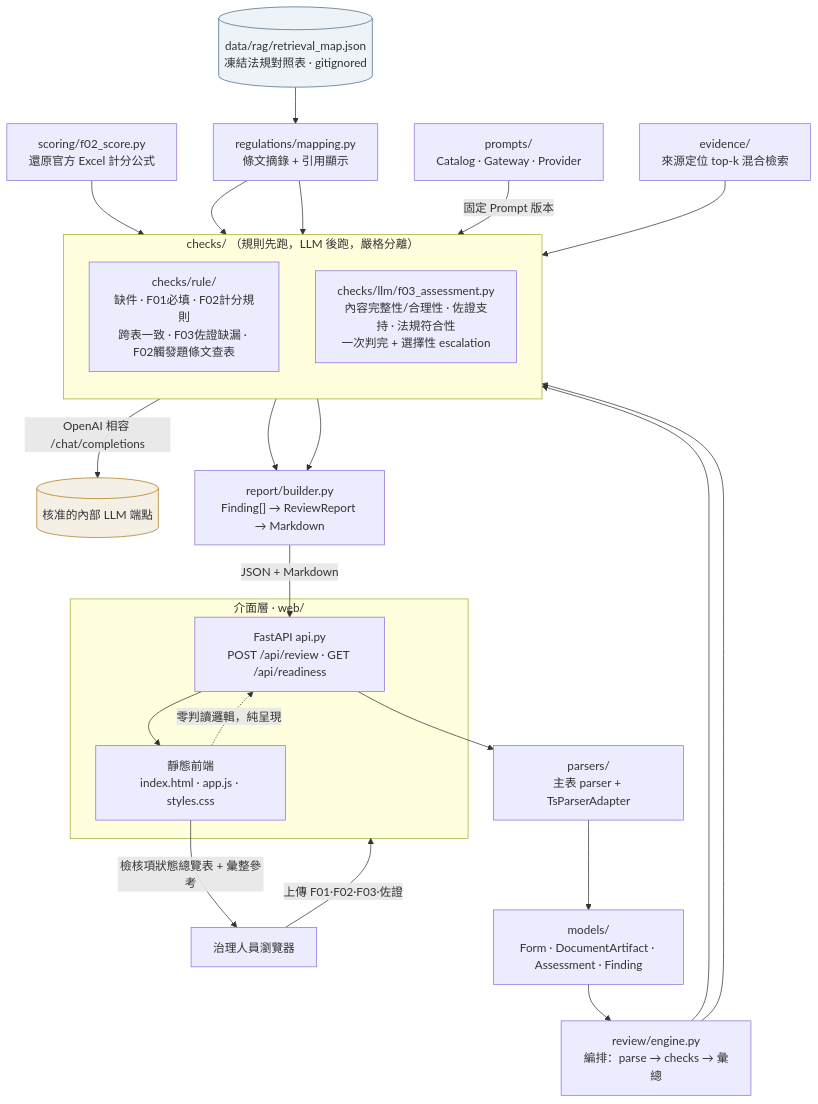
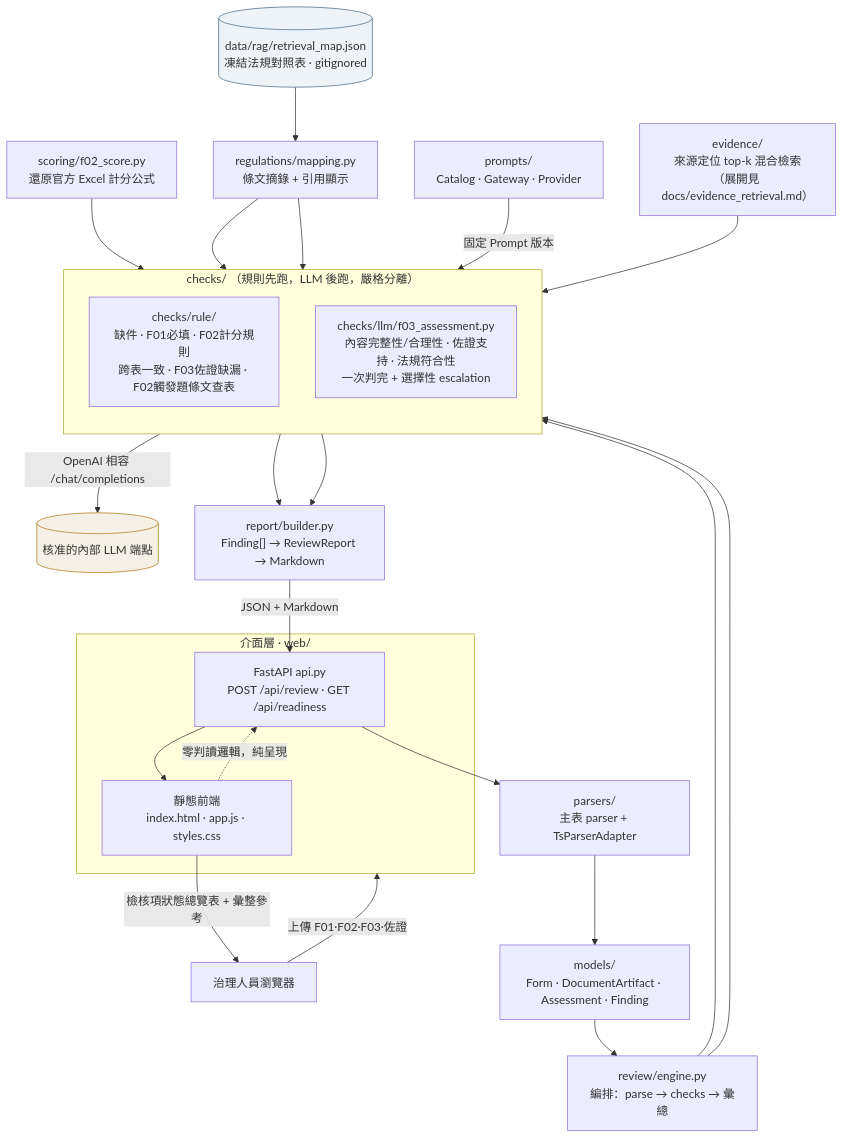
One commit to xian-ai-1057/AI_gov changed the first of 4 diagrams in docs/architecture.md. Above: the diagram before and after it, drawn with Mermaid. The commit also changed other lines of this file and 4 other files, not shown here.

First line of the commit message:
docs: add evidence retrieval architecture and status definitions

````diff
--- a/docs/architecture.md
+++ b/docs/architecture.md
@@ -14,41 +14,41 @@
 ```mermaid
 flowchart TB
     U["治理人員瀏覽器"] -->|"上傳 F01·F02·F03·佐證"| WEB
 
     subgraph WEB["介面層 · web/"]
         API["FastAPI api.py<br/>POST /api/review · GET /api/readiness"]
         FE["靜態前端<br/>index.html · app.js · styles.css"]
     end
     FE -.->|"零判讀邏輯，純呈現"| API
 
     API --> PARSERS["parsers/<br/>主表 parser + TsParserAdapter"]
     PARSERS --> MODELS["models/<br/>Form · DocumentArtifact · Assessment · Finding"]
 
     MODELS --> ENGINE["review/engine.py<br/>編排：parse → checks → 彙總"]
 
     subgraph CHECKS["checks/ （規則先跑，LLM 後跑，嚴格分離）"]
         direction TB
         RULE["checks/rule/<br/>缺件 · F01必填 · F02計分規則<br/>跨表一致 · F03佐證缺漏 · F02觸發題條文查表"]
         LLM["checks/llm/f03_assessment.py<br/>內容完整性/合理性 · 佐證支持 · 法規符合性<br/>一次判完 + 選擇性 escalation"]
     end
     ENGINE --> RULE
     ENGINE --> LLM
 
     SCORING["scoring/f02_score.py<br/>還原官方 Excel 計分公式"] --> RULE
     MAPFILE[("data/rag/retrieval_map.json<br/>凍結法規對照表 · gitignored")] --> REG["regulations/mapping.py<br/>條文摘錄 + 引用顯示"]
     REG --> RULE
     REG --> LLM
 
     LLM -->|"OpenAI 相容 /chat/completions"| LLMEP[("核准的內部 LLM 端點")]
     PROMPT["prompts/<br/>Catalog · Gateway · Provider"] -->|"固定 Prompt 版本"| LLM
-    EVIDENCE["evidence/<br/>來源定位 top-k 混合檢索"] --> LLM
+    EVIDENCE["evidence/<br/>來源定位 top-k 混合檢索<br/>（展開見 docs/evidence_retrieval.md）"] --> LLM
 
     RULE --> REPORT["report/builder.py<br/>Finding[] → ReviewReport → Markdown"]
     LLM --> REPORT
     REPORT -->|"JSON + Markdown"| API
     API --> FE
     FE -->|"檢核項狀態總覽表 + 彙整參考"| U
 
     style LLMEP fill:#f5f0e6,stroke:#ad7a16
     style MAPFILE fill:#eef3f7,stroke:#4a6b86
 ```
````
